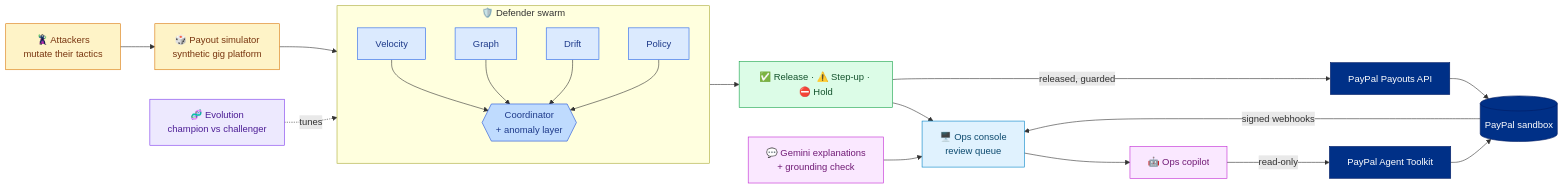
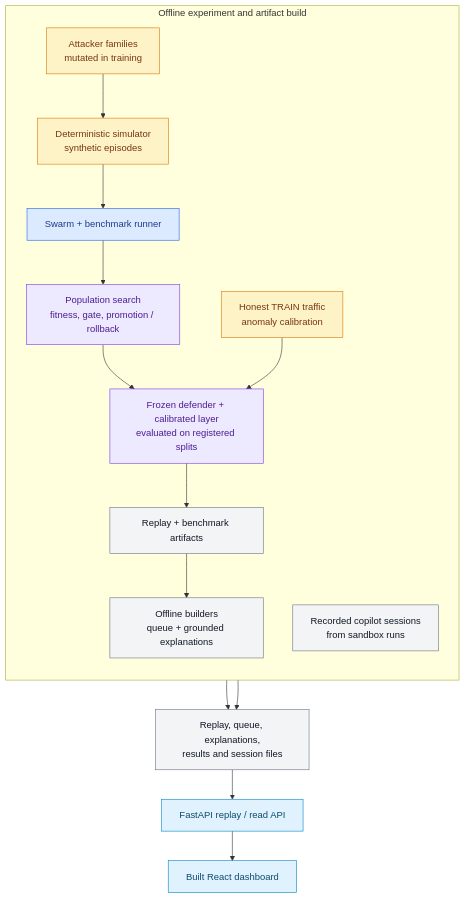
One commit to pawanptu/payguard-arena changed the first of 4 diagrams in README.md. Above: the diagram before and after it, drawn with Mermaid. The commit also changed other lines of this file, not shown here.

First line of the commit message:
Expand README architecture and lifecycle (#2)

````diff
--- a/README.md
+++ b/README.md
@@ -211,33 +213,26 @@
 ```mermaid
-flowchart LR
-    SIM["🎲 Payout simulator<br/>synthetic gig platform"]:::sim --> SW
-    ATK["🦹 Attackers<br/>mutate their tactics"]:::sim --> SIM
-    subgraph SW["🛡️ Defender swarm"]
+flowchart TB
+    subgraph OFFLINE["Offline experiment and artifact build"]
         direction TB
-        V[Velocity]:::agent
-        G[Graph]:::agent
-        D[Drift]:::agent
-        P[Policy]:::agent
-        C{{"Coordinator<br/>+ anomaly layer"}}:::coord
-        V & G & D & P --> C
+        SIM["Deterministic simulator<br/>synthetic episodes"]:::sim
+        ATK["Attacker families<br/>mutated in training"]:::sim --> SIM
+        SIM --> TRAIN["Swarm + benchmark runner"]:::agent
+        TRAIN --> EVOLVE["Population search<br/>fitness, gate, promotion / rollback"]:::evo
+        CAL["Honest TRAIN traffic<br/>anomaly calibration"]:::sim
+        EVOLVE --> FROZEN["Frozen defender + calibrated layer<br/>evaluated on registered splits"]:::evo
+        CAL --> FROZEN
+        FROZEN --> REPLAY["Replay + benchmark artifacts"]:::artifact
+        REPLAY --> BUILD["Offline builders<br/>queue + grounded explanations"]:::artifact
+        COPREC["Recorded copilot sessions<br/>from sandbox runs"]:::artifact
     end
-    EVO["🧬 Evolution<br/>champion vs challenger"]:::evo -.tunes.-> SW
-    C --> VER["✅ Release · ⚠️ Step-up · ⛔ Hold"]:::verdict
-    VER --> CON["🖥️ Ops console<br/>review queue"]:::ui
-    GEM["💬 Gemini explanations<br/>+ grounding check"]:::ai --> CON
-    CON --> COP["🤖 Ops copilot"]:::ai
-    COP -- read-only --> TK["PayPal Agent Toolkit"]:::paypal
-    VER -- released, guarded --> PO["PayPal Payouts API"]:::paypal
-    TK --> SB[("PayPal sandbox")]:::paypal
-    PO --> SB
-    SB -- signed webhooks --> CON
+    BUILD --> FILES["Replay, queue, explanations,<br/>results and session files"]:::artifact
+    COPREC --> FILES
+    FILES --> API["FastAPI replay / read API"]:::ui
+    API --> WEB["Built React dashboard"]:::ui
 
     classDef sim fill:#fef3c7,stroke:#d97706,color:#78350f
     classDef agent fill:#dbeafe,stroke:#2563eb,color:#1e3a8a
-    classDef coord fill:#bfdbfe,stroke:#1d4ed8,color:#1e3a8a
     classDef evo fill:#ede9fe,stroke:#7c3aed,color:#4c1d95
-    classDef verdict fill:#dcfce7,stroke:#16a34a,color:#14532d
+    classDef artifact fill:#f3f4f6,stroke:#6b7280,color:#111827
     classDef ui fill:#e0f2fe,stroke:#0284c7,color:#0c4a6e
-    classDef ai fill:#fae8ff,stroke:#c026d3,color:#701a75
-    classDef paypal fill:#003087,stroke:#001c64,color:#ffffff
 ```
````
